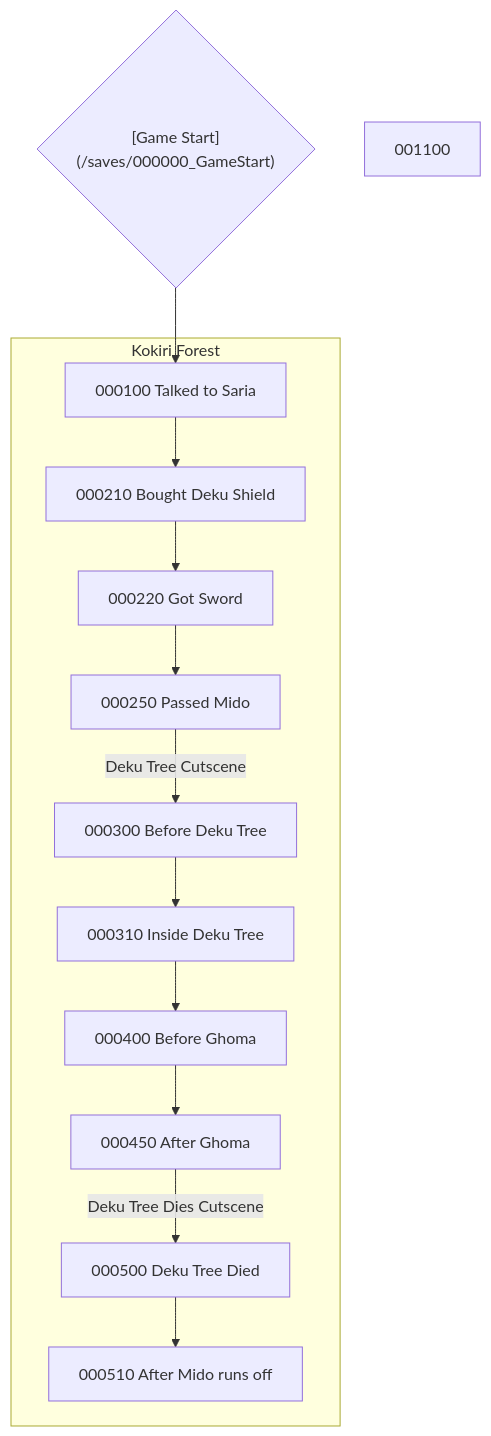
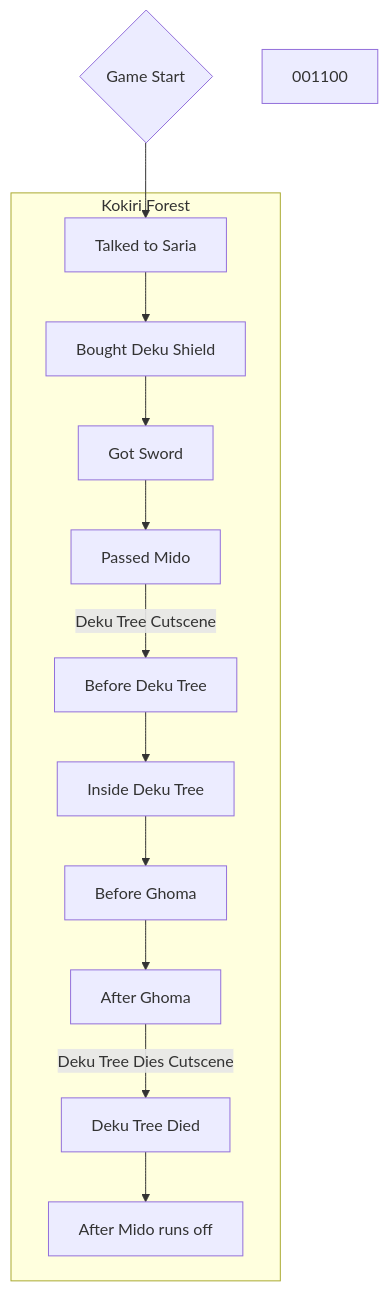
One commit to tustin2121/OoTR-saveTree changed the diagram in GRAPH.md. Above: the diagram before and after it, drawn with Mermaid. The commit also changed other lines of this file, not shown here.

Commit message:
More links in graph?

````diff
--- a/GRAPH.md
+++ b/GRAPH.md
@@ -1,18 +4,40 @@
 ```mermaid
 flowchart TD
-	000000{"`[Game Start](/saves/000000_GameStart)`"} --> 000100
+	000000{Game Start} --> 000100
+	click 000000 href "saves/000000_GameStart"
+	
 	subgraph G01 [Kokiri Forest]
-		000100[000100 Talked to Saria]        --> 000210
-		000210[000210 Bought Deku Shield]     --> 000220
-		000220[000220 Got Sword]              --> 000250
-		000250[000250 Passed Mido]            -- Deku Tree Cutscene --> 000300
-		000300[000300 Before Deku Tree]       --> 000310
-		000310[000310 Inside Deku Tree]       --> 000400
-		000400[000400 Before Ghoma]           --> 000450
-		000450[000450 After Ghoma]            -- Deku Tree Dies Cutscene --> 000500
-		000500[000500 Deku Tree Died]         --> 000510
-		000510[000510 After Mido runs off]
+		000100[Talked to Saria]        --> 000210 
+		click 000100 href "saves/000100_PostSaria"
+		
+		000210[Bought Deku Shield]     --> 000220
+		click 000100 href "saves/000210_DekuShield"
+		
+		000220[Got Sword]              --> 000250
+		click 000100 href "saves/000220_KokiriSword"
+		
+		000250[Passed Mido]            -- Deku Tree Cutscene --> 000300
+		click 000100 href "saves/000250_PastMido"
+		
+		000300[Before Deku Tree]       --> 000310
+		click 000100 href "saves/000300_BeforeDeku"
+		
+		000310[Inside Deku Tree]       --> 000400
+		click 000100 href "saves/000310_InsideDeku"
+		
+		000400[Before Ghoma]           --> 000450
+		click 000100 href "saves/000400_BeforeGhoma"
+		
+		000450[After Ghoma]            -- Deku Tree Dies Cutscene --> 000500
+		click 000100 href "saves/000450_AfterGhoma"
+		
+		000500[Deku Tree Died]         --> 000510
+		click 000100 href "saves/000500_DekuDead"
+		
+		000510[After Mido runs off]
+		click 000100 href "saves/000510_PostMido"
 	end
 	G01@{  }
+	
 	001100[001100 ]
 ```
````
